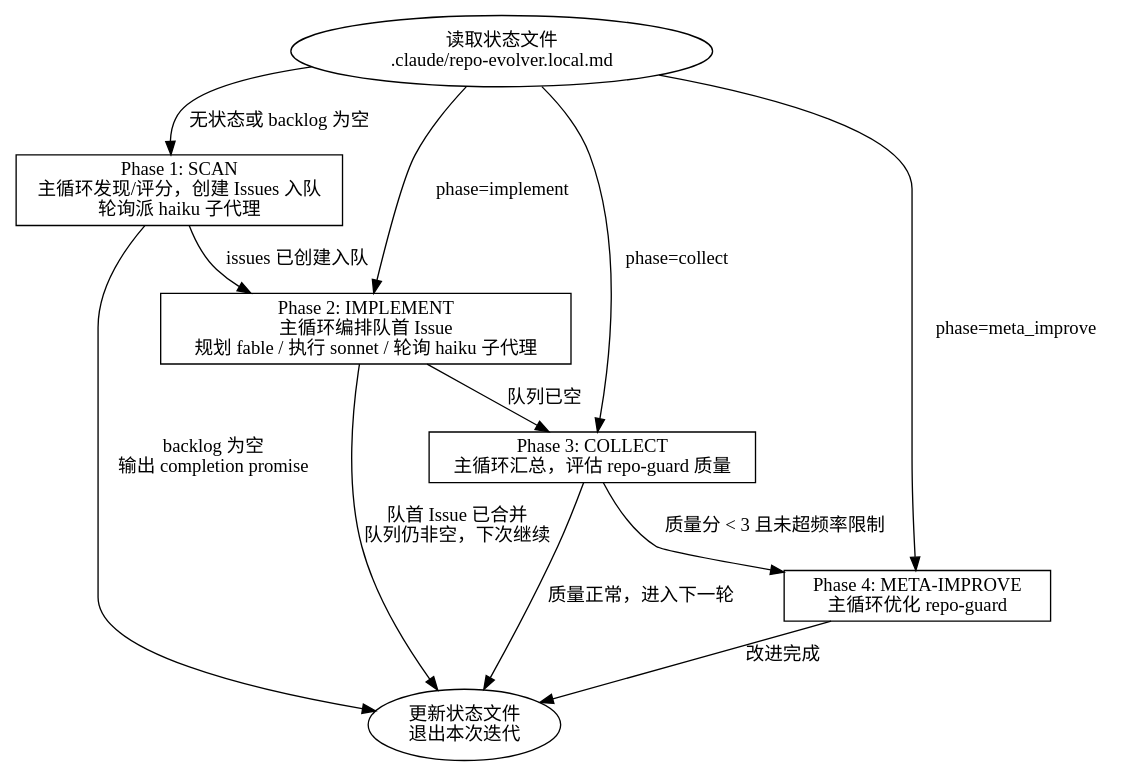
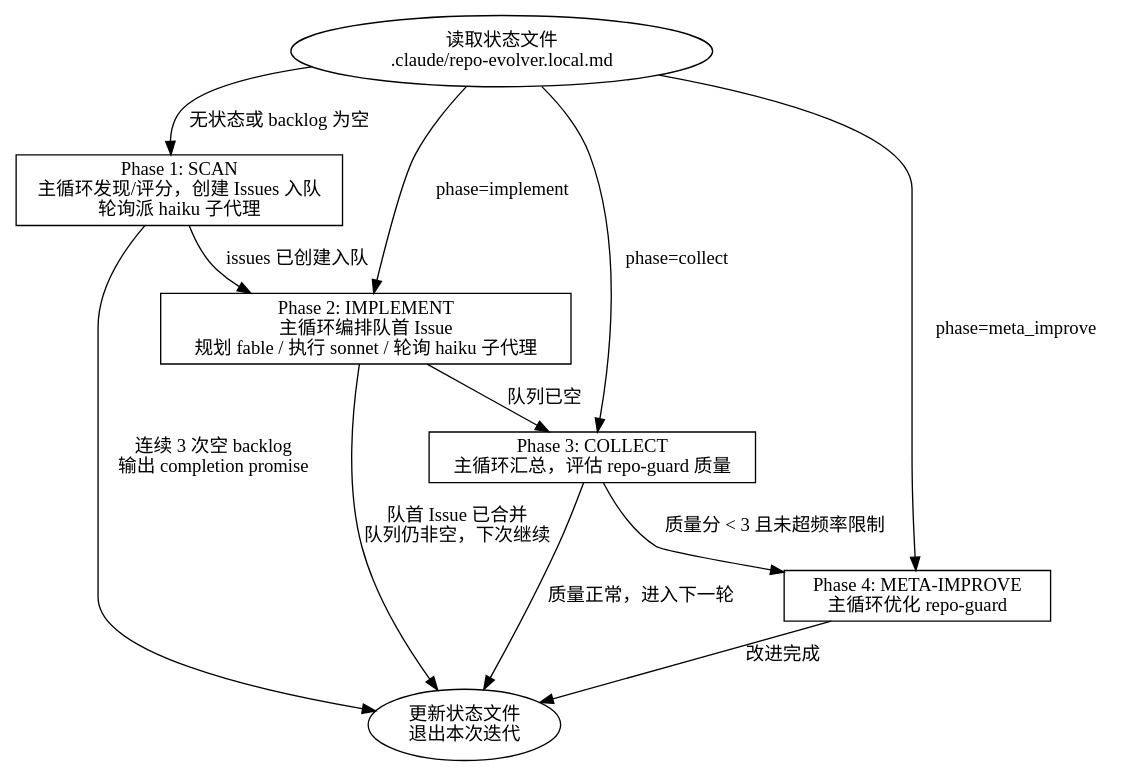
One commit to ceilf6/ceilf6-skills changed the diagram in repo-evolver/SKILL.md. Above: the diagram before and after it, drawn with Graphviz. The commit also changed other lines of this file, not shown here.

Commit message:
fix: 统一为 3 次空扫描 空扫描 → consecutive_empty_scans++，达到 3 才输出 <promise>NO_MORE_IMPROVEMENTS</promise> 终止；未达 3 则保持 scan、停止本次迭代等下次重扫；有新发现则把计数器清零

````diff
--- a/repo-evolver/SKILL.md
+++ b/repo-evolver/SKILL.md
@@ -47,26 +47,26 @@
 ```dot
 digraph repo_evolver {
     rankdir=TB;
     node [shape=box];
 
     init [label="读取状态文件\n.claude/repo-evolver.local.md" shape=ellipse];
     scan [label="Phase 1: SCAN\n主循环发现/评分，创建 Issues 入队\n轮询派 haiku 子代理"];
     implement [label="Phase 2: IMPLEMENT\n主循环编排队首 Issue\n规划 fable / 执行 sonnet / 轮询 haiku 子代理"];
     collect [label="Phase 3: COLLECT\n主循环汇总，评估 repo-guard 质量"];
     meta [label="Phase 4: META-IMPROVE\n主循环优化 repo-guard"];
     done [label="更新状态文件\n退出本次迭代" shape=ellipse];
 
     init -> scan [label="无状态或 backlog 为空"];
     init -> implement [label="phase=implement"];
     init -> collect [label="phase=collect"];
     init -> meta [label="phase=meta_improve"];
 
     scan -> implement [label="issues 已创建入队"];
-    scan -> done [label="backlog 为空\n输出 completion promise"];
+    scan -> done [label="连续 3 次空 backlog\n输出 completion promise"];
     implement -> done [label="队首 Issue 已合并\n队列仍非空，下次继续"];
     implement -> collect [label="队列已空"];
     collect -> done [label="质量正常，进入下一轮"];
     collect -> meta [label="质量分 < 3 且未超频率限制"];
     meta -> done [label="改进完成"];
 }
 ```
````
